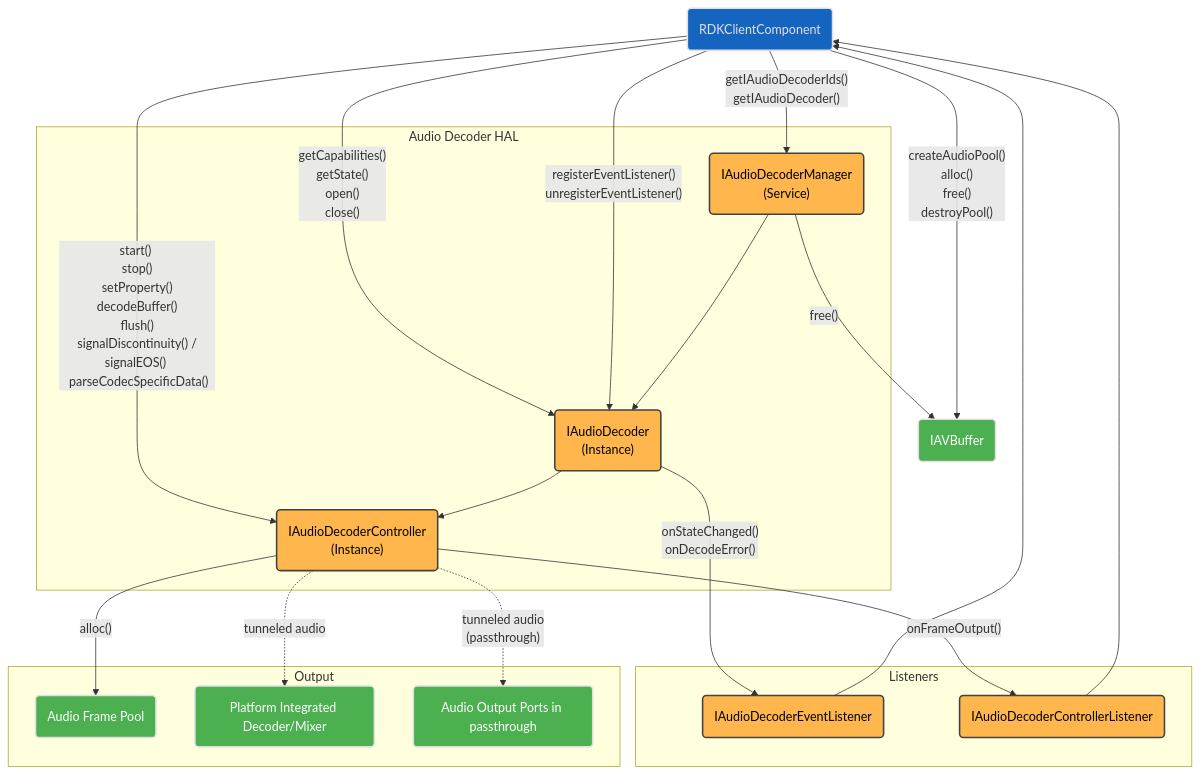
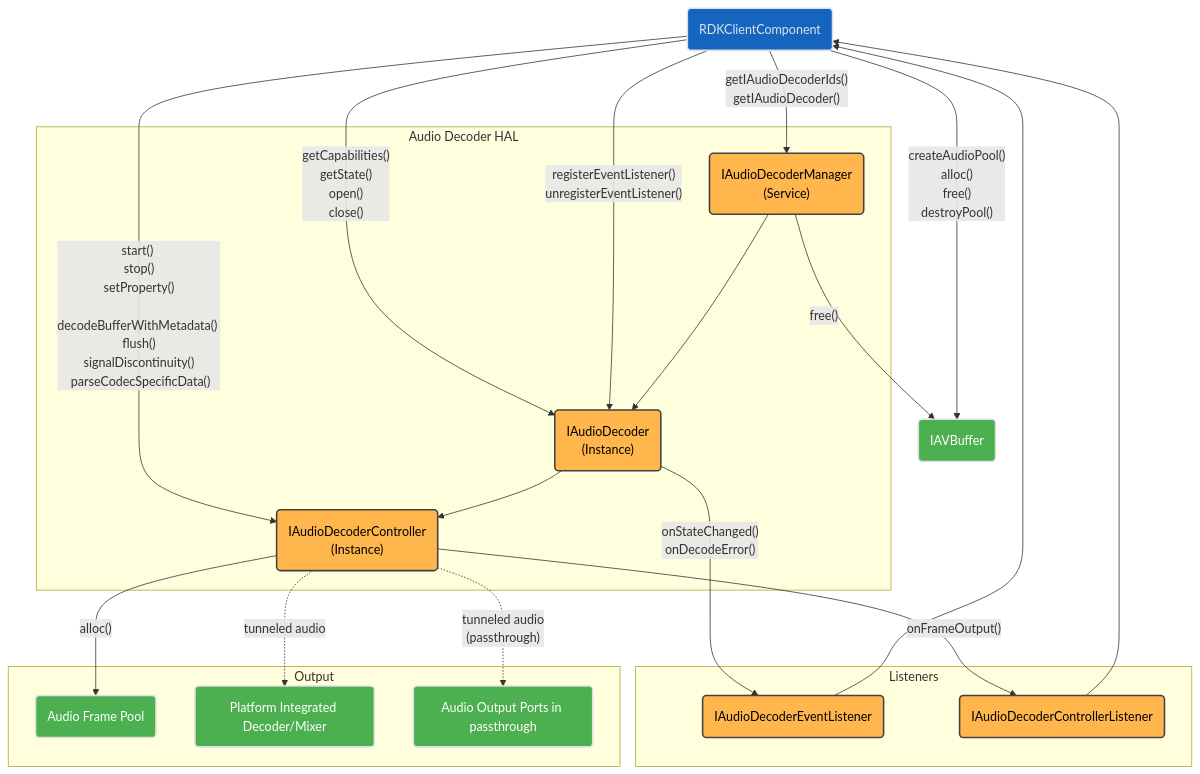
One commit to rdkcentral/rdk-halif-aidl changed the first of 3 diagrams in docs/halif/audio_decoder/current/audio_decoder.md. Above: the diagram before and after it, drawn with Mermaid. The commit also changed other lines of this file and 1 other file, not shown here.

First line of the commit message:
docs(decoder): update video_decoder.md and audio_decoder.md for new EOS model (#403)

````diff
--- a/docs/halif/audio_decoder/current/audio_decoder.md
+++ b/docs/halif/audio_decoder/current/audio_decoder.md
@@ -102,50 +102,50 @@
 ```mermaid
 flowchart TD
     RDKClientComponent("RDKClientComponent")
     subgraph Listeners["Listeners"]
         IAudioDecoderEventListener("IAudioDecoderEventListener")
         IAudioDecoderControllerListener("IAudioDecoderControllerListener")
     end
     subgraph IAudioDecoderHAL["Audio Decoder HAL"]
         IAudioDecoderManager("IAudioDecoderManager <br>(Service)")
         IAudioDecoder("IAudioDecoder <br>(Instance)")
         IAudioDecoderController("IAudioDecoderController <br>(Instance)")
     end
     subgraph OutputComponents["Output"]
         AudioFramePool("Audio Frame Pool")
         PlatformDecoder("Platform Integrated Decoder/Mixer")
         AudioOutput("Audio Output Ports in passthrough")
     end
     RDKClientComponent -- createAudioPool() <br> alloc() <br> free() <br> destroyPool() --> IAVBuffer(IAVBuffer)
     RDKClientComponent -- getIAudioDecoderIds() <br> getIAudioDecoder() --> IAudioDecoderManager
     RDKClientComponent -- getCapabilities() <br> getState() <br> open() <br> close() --> IAudioDecoder
     RDKClientComponent -- registerEventListener() <br> unregisterEventListener() --> IAudioDecoder
-    RDKClientComponent -- start() <br> stop() <br> setProperty() <br> decodeBuffer() <br> flush() <br> signalDiscontinuity() / signalEOS() <br> parseCodecSpecificData() --> IAudioDecoderController
+    RDKClientComponent -- start() <br> stop() <br> setProperty() <br> decodeBufferWithMetadata() <br> flush() <br> signalDiscontinuity() <br> parseCodecSpecificData() --> IAudioDecoderController
     IAudioDecoderManager --> IAudioDecoder --> IAudioDecoderController
     IAudioDecoder -- onStateChanged() <br> onDecodeError() --> IAudioDecoderEventListener
     IAudioDecoderEventListener --> RDKClientComponent
     IAudioDecoderControllerListener --> RDKClientComponent
     IAudioDecoderController -- onFrameOutput() --> IAudioDecoderControllerListener
     IAudioDecoderController -- alloc() --> AudioFramePool
     IAudioDecoderManager -- free() --> IAVBuffer
     IAudioDecoderController -. tunneled audio -.-> PlatformDecoder
     IAudioDecoderController -. tunneled audio <br>(passthrough) -.-> AudioOutput
 
     classDef background fill:#121212,stroke:none,color:#E0E0E0;
     classDef blue fill:#1565C0,stroke:#E0E0E0,stroke-width:2px,color:#E0E0E0;
     classDef lightGrey fill:#616161,stroke:#E0E0E0,stroke-width:2px,color:#FFFFFF;
     classDef wheat fill:#FFB74D,stroke:#424242,stroke-width:2px,color:#000000;
     classDef green fill:#4CAF50,stroke:#E0E0E0,stroke-width:2px,color:#FFFFFF;
     classDef default fill:#1E1E1E,stroke:#E0E0E0,stroke-width:1px,color:#E0E0E0;
 
     RDKClientComponent:::blue
     IAudioDecoderManager:::wheat
     IAudioDecoderController:::wheat
     IAudioDecoder:::wheat
     IAVBuffer:::green
     IAudioDecoderControllerListener:::wheat
     IAudioDecoderEventListener:::wheat
     AudioFramePool:::green
     PlatformDecoder:::green
     AudioOutput:::green
 ```
````
